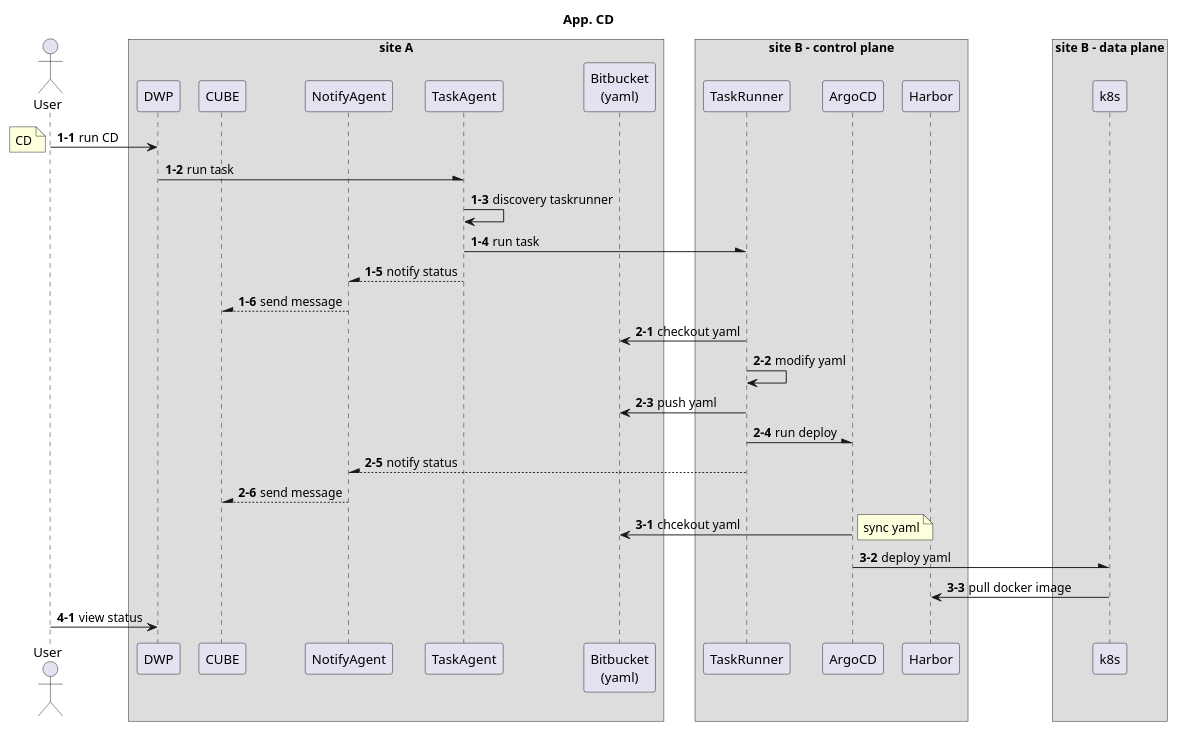
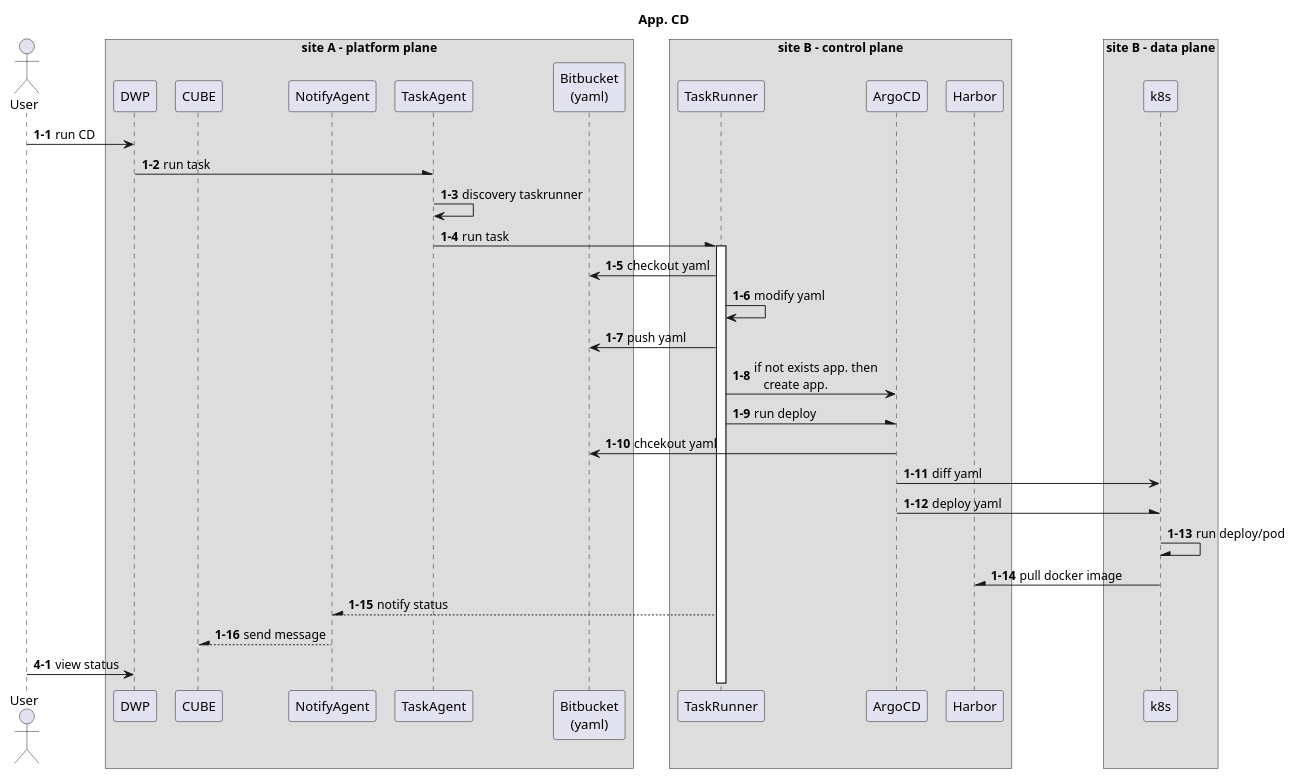
One commit to kloudbank/htdp1.github.io changed the eighth of 12 diagrams in docs/src/multi-cloud/diagram.md. Above: the diagram before and after it, drawn with PlantUML. The commit also changed other lines of this file, not shown here.

Commit message:
modify diagram 1228

```diff
--- a/docs/src/multi-cloud/diagram.md
+++ b/docs/src/multi-cloud/diagram.md
@@ -312,52 +306,47 @@
 @startuml
 
 scale 1
 skinparam ParticipantPadding 5
 skinparam BoxPadding 5
 title "App. CD"
 
 actor User
-box "site A"
+box "site A - platform plane"
     participant DWP
     participant CUBE
     participant NotifyAgent
     participant TaskAgent
     participant "Bitbucket\n(yaml)" as yaml
 end box
 box "site B - control plane"
     participant TaskRunner
     participant ArgoCD
     participant Harbor
 end box
-
 box "site B - data plane"
-participant k8s
+    participant k8s
 end box
 
 autonumber 1-1
 User -> DWP : run CD
-note left : CD
 DWP -\ TaskAgent : run task
 TaskAgent -> TaskAgent : discovery taskrunner
 TaskAgent -\ TaskRunner : run task
-TaskAgent --\ NotifyAgent : notify status
-NotifyAgent --\ CUBE : send message
-
-autonumber 2-1
+activate TaskRunner
 TaskRunner -> yaml : checkout yaml
 TaskRunner -> TaskRunner : modify yaml
 TaskRunner -> yaml : push yaml
+TaskRunner -> ArgoCD : if not exists app. then \n   create app.
 TaskRunner -\ ArgoCD : run deploy
+ArgoCD -> yaml : chcekout yaml
+ArgoCD -> k8s : diff yaml
+ArgoCD -\ k8s : deploy yaml
+k8s -\ k8s : run deploy/pod
+k8s -\ Harbor : pull docker image
 TaskRunner --\ NotifyAgent : notify status
 NotifyAgent --\ CUBE : send message
-
-autonumber 3-1
-ArgoCD -> yaml : chcekout yaml
-note right : sync yaml
-ArgoCD -\ k8s : deploy yaml
-k8s -> Harbor : pull docker image
 
 autonumber 4-1
 User -> DWP : view status
 
 @enduml
```
